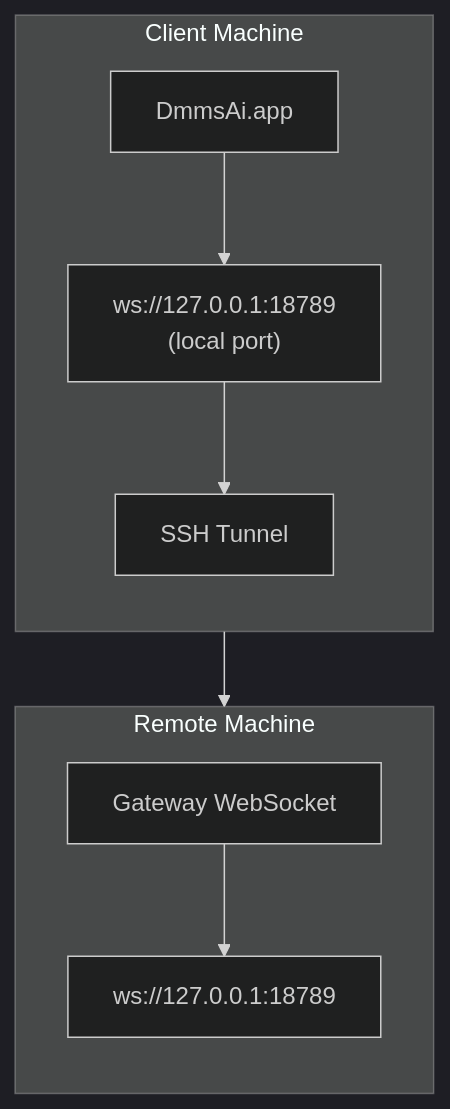
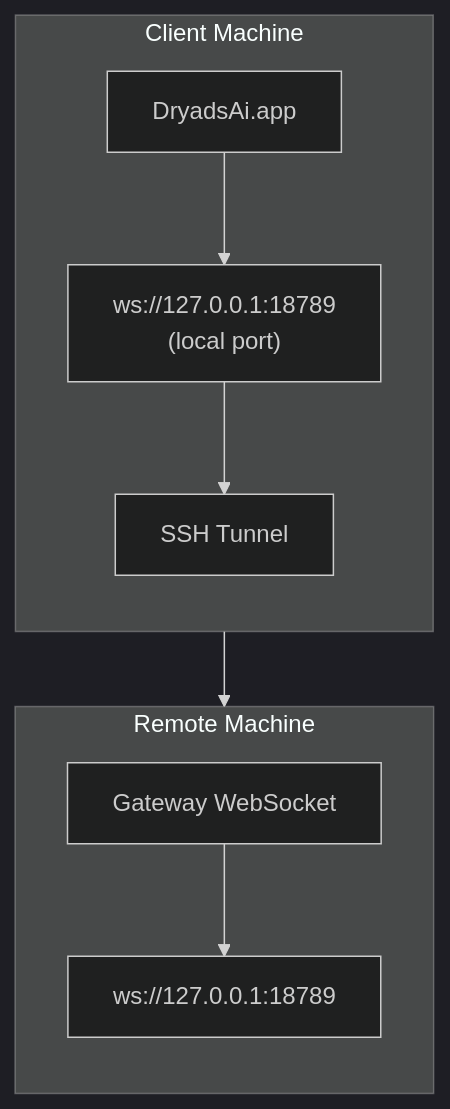
One commit to DMMSAI/dmms-ai changed the diagram in docs/gateway/remote-gateway-readme.md. Above: the diagram before and after it, drawn with Mermaid (dark theme). The commit also changed other lines of this file and 3037 other files, not shown here.

First line of the commit message:
Rebrand DMMS AI to Dryads AI

````diff
--- a/docs/gateway/remote-gateway-readme.md
+++ b/docs/gateway/remote-gateway-readme.md
@@ -13,20 +13,20 @@
 ```mermaid
 flowchart TB
     subgraph Client["Client Machine"]
         direction TB
-        A["DmmsAi.app"]
+        A["DryadsAi.app"]
         B["ws://127.0.0.1:18789\n(local port)"]
         T["SSH Tunnel"]
 
         A --> B
         B --> T
     end
     subgraph Remote["Remote Machine"]
         direction TB
         C["Gateway WebSocket"]
         D["ws://127.0.0.1:18789"]
 
         C --> D
     end
     T --> C
 ```
````
